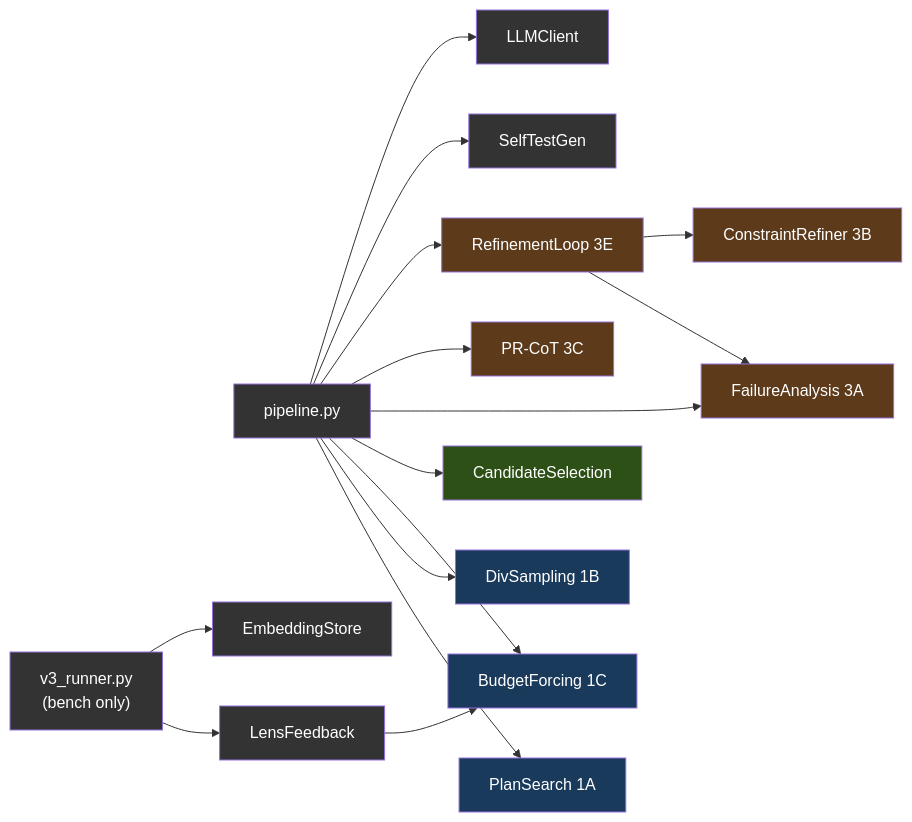
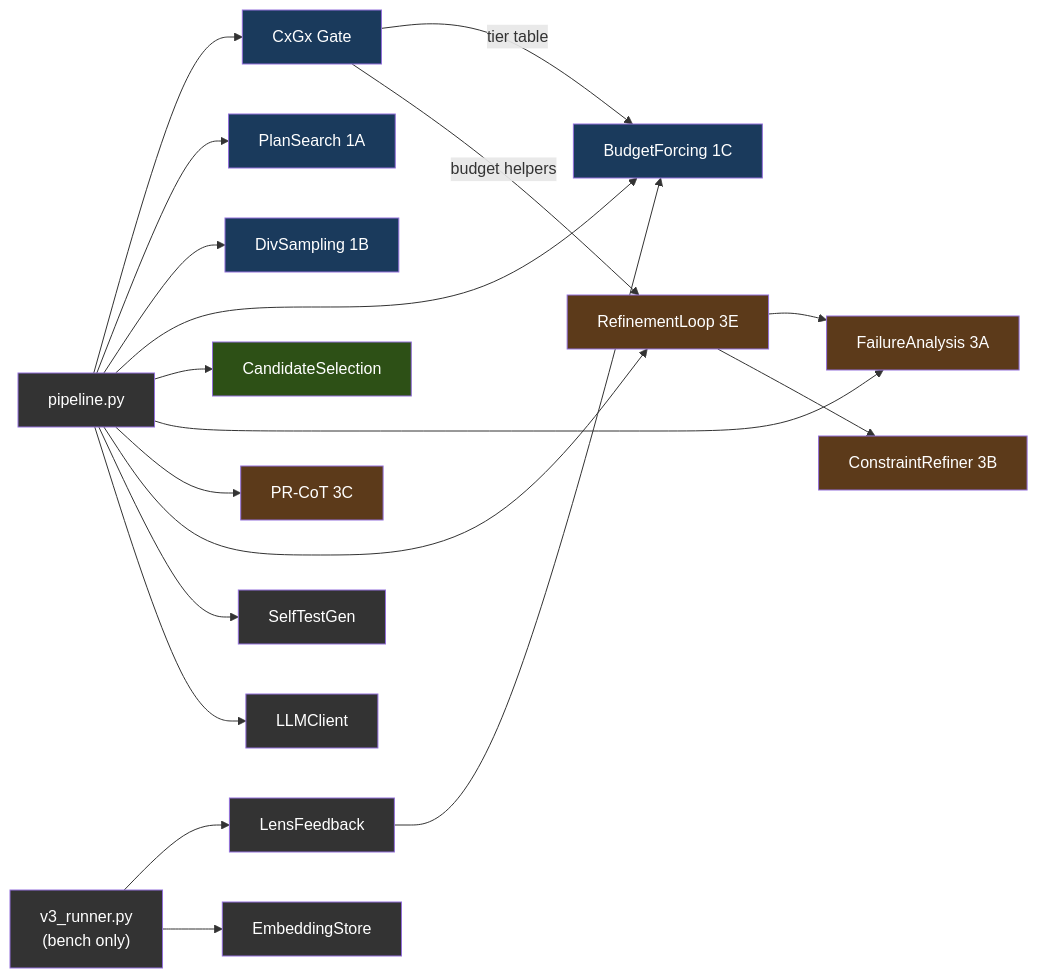
Before and after one commit to itigges22/ATLAS: the fourth of 11 diagrams in docs/ARCHITECTURE.md, drawn with Mermaid. The commit also changed other lines of this file and 11 other files, not shown here.

````diff
--- a/docs/ARCHITECTURE.md
+++ b/docs/ARCHITECTURE.md
@@ -349,33 +356,37 @@
 ```mermaid
 graph LR
-    Main["pipeline.py"] --> PS["PlanSearch 1A"]
+    Main["pipeline.py"] --> CG["CxGx Gate"]
+    Main --> PS["PlanSearch 1A"]
     Main --> DS["DivSampling 1B"]
     Main --> BF["BudgetForcing 1C"]
     Main --> CS["CandidateSelection"]
     Main --> FA["FailureAnalysis 3A"]
     Main --> PRCOT["PR-CoT 3C"]
     Main --> RL["RefinementLoop 3E"]
     Main --> STG["SelfTestGen"]
     Main --> LLM["LLMClient"]
     Bench["v3_runner.py\n(bench only)"] --> LF["LensFeedback"]
     Bench --> ES["EmbeddingStore"]
 
     RL --> FA
     RL --> CR["ConstraintRefiner 3B"]
+    CG -->|"tier table"| BF
+    CG -->|"budget helpers"| RL
     LF --> BF
 
     style Main fill:#333,color:#fff
     style Bench fill:#333,color:#fff
+    style CG fill:#1a3a5c,color:#fff
     style PS fill:#1a3a5c,color:#fff
     style DS fill:#1a3a5c,color:#fff
     style BF fill:#1a3a5c,color:#fff
     style CS fill:#2d5016,color:#fff
     style FA fill:#5c3a1a,color:#fff
     style CR fill:#5c3a1a,color:#fff
     style PRCOT fill:#5c3a1a,color:#fff
     style RL fill:#5c3a1a,color:#fff
     style STG fill:#333,color:#fff
     style LLM fill:#333,color:#fff
     style LF fill:#333,color:#fff
     style ES fill:#333,color:#fff
 ```
````
